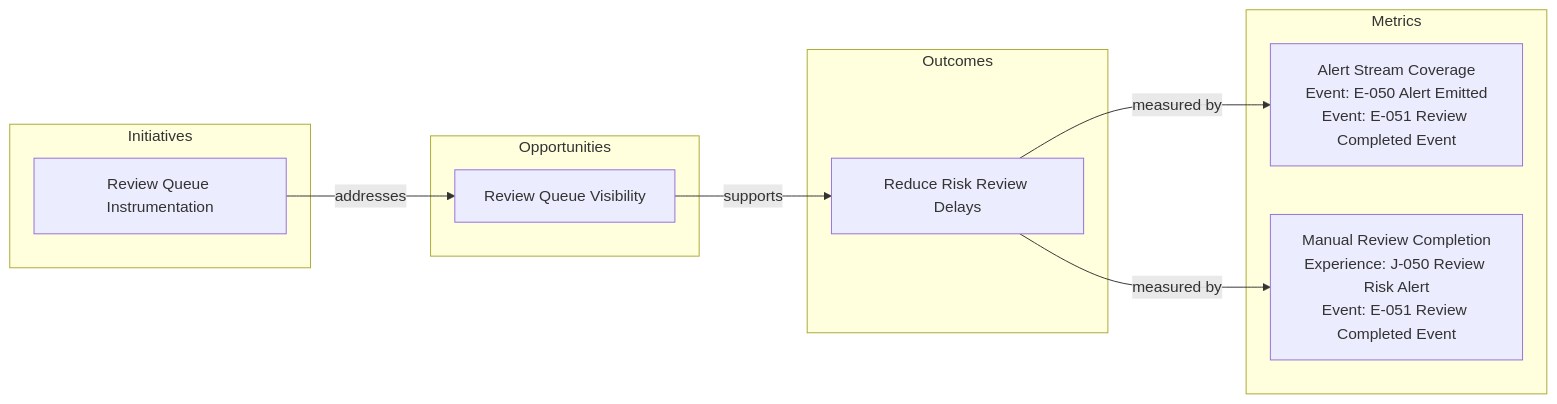
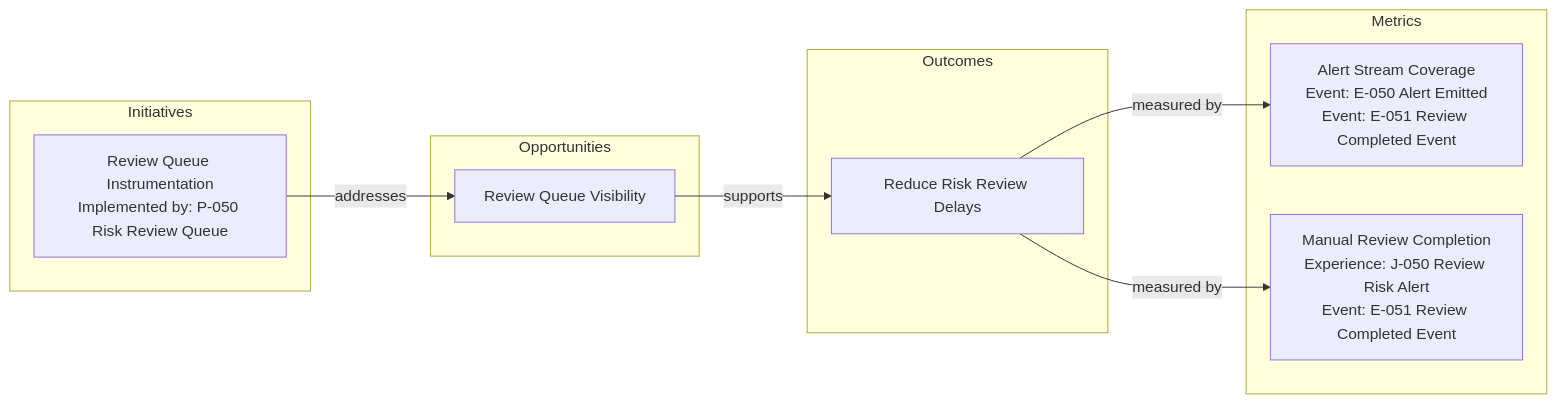
Before and after one commit to knutopia/Structured-Design-Documents: the diagram in examples/rendered/v0.1/outcome_opportunity_map_diagram_type/metric_event_instrumentation_example/permissive_profile/metric_event_instrumentation.outcome_opportunity_map.mmd, drawn with Mermaid. The commit also changed 77 other files, not shown here.

```diff
--- a/examples/rendered/v0.1/outcome_opportunity_map_diagram_type/metric_event_instrumentation_example/permissive_profile/metric_event_instrumentation.outcome_opportunity_map.mmd
+++ b/examples/rendered/v0.1/outcome_opportunity_map_diagram_type/metric_event_instrumentation_example/permissive_profile/metric_event_instrumentation.outcome_opportunity_map.mmd
@@ -1,18 +1,18 @@
 flowchart LR
   subgraph n_initiative["Initiatives"]
-    n_I_050["Review Queue Instrumentation"]
+    n_I_050["Review Queue Instrumentation<br/>Implemented by: P-050 Risk Review Queue"]
   end
   subgraph n_opportunity["Opportunities"]
     n_OP_050["Review Queue Visibility"]
   end
   subgraph n_outcome["Outcomes"]
     n_O_050["Reduce Risk Review Delays"]
   end
   subgraph n_metric["Metrics"]
     n_M_050["Alert Stream Coverage<br/>Event: E-050 Alert Emitted<br/>Event: E-051 Review Completed Event"]
     n_M_051["Manual Review Completion<br/>Experience: J-050 Review Risk Alert<br/>Event: E-051 Review Completed Event"]
   end
   n_I_050 -->|addresses| n_OP_050
   n_O_050 -->|measured by| n_M_050
   n_O_050 -->|measured by| n_M_051
   n_OP_050 -->|supports| n_O_050
```
